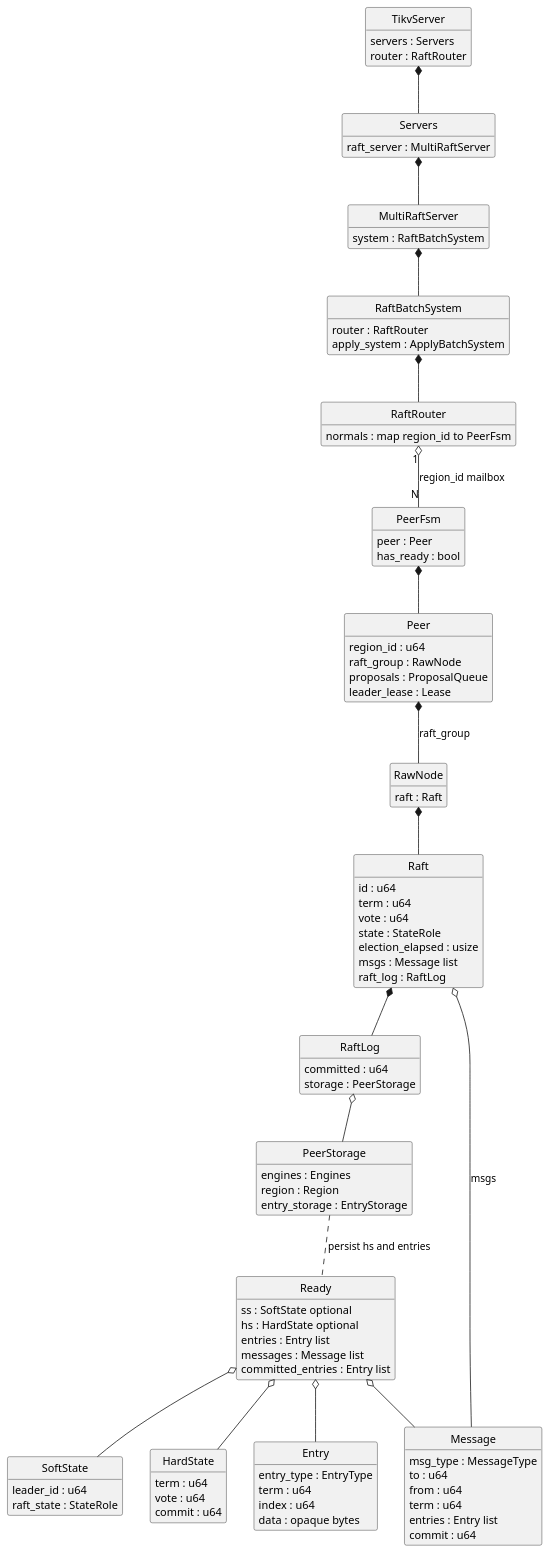
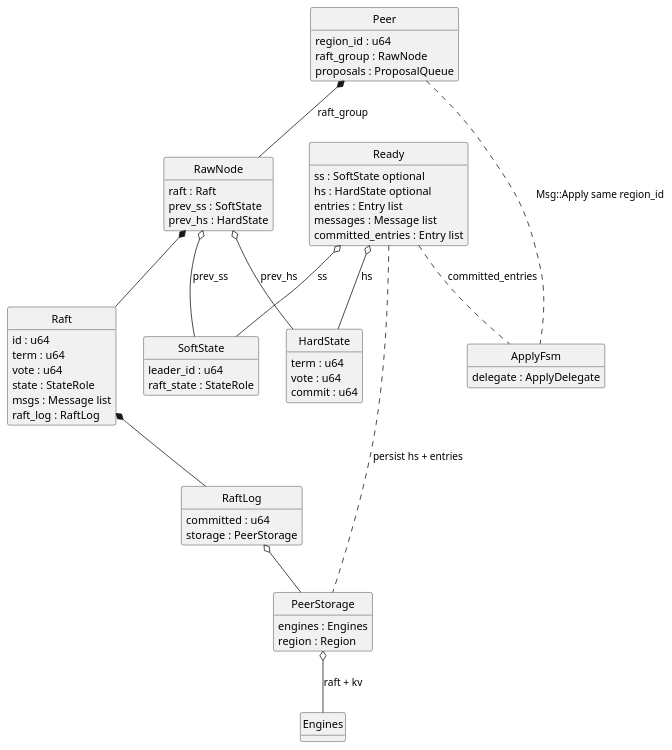
One commit to kevinwang930/kevinwang930.github.io changed the second of 3 diagrams in content/post/data/db/tidb/tikv/index.md. Above: the diagram before and after it, drawn with PlantUML. The commit also changed other lines of this file and 2 other files, not shown here.

````diff
--- a/content/post/data/db/tidb/tikv/index.md
+++ b/content/post/data/db/tidb/tikv/index.md
@@ -271,42 +277,16 @@
 hide empty methods
 hide circle
 
-struct TikvServer {
-  servers : Servers
-  router : RaftRouter
-}
-
-struct Servers {
-  raft_server : MultiRaftServer
-}
-
-struct MultiRaftServer {
-  system : RaftBatchSystem
-}
-
-struct RaftBatchSystem {
-  router : RaftRouter
-  apply_system : ApplyBatchSystem
-}
-
-struct RaftRouter {
-  normals : map region_id to PeerFsm
-}
-
-struct PeerFsm {
-  peer : Peer
-  has_ready : bool
-}
-
 struct Peer {
   region_id : u64
   raft_group : RawNode
   proposals : ProposalQueue
-  leader_lease : Lease
 }
 
 struct RawNode {
   raft : Raft
+  prev_ss : SoftState
+  prev_hs : HardState
 }
 
 struct Raft {
@@ -314,28 +294,8 @@
   term : u64
   vote : u64
   state : StateRole
-  election_elapsed : usize
   msgs : Message list
   raft_log : RaftLog
-}
-
-struct RaftLog {
-  committed : u64
-  storage : PeerStorage
-}
-
-struct PeerStorage {
-  engines : Engines
-  region : Region
-  entry_storage : EntryStorage
-}
-
-struct Ready {
-  ss : SoftState optional
-  hs : HardState optional
-  entries : Entry list
-  messages : Message list
-  committed_entries : Entry list
 }
 
 struct SoftState {
@@ -349,40 +309,40 @@
   commit : u64
 }
 
-struct Entry {
-  entry_type : EntryType
-  term : u64
-  index : u64
-  data : opaque bytes
+struct RaftLog {
+  committed : u64
+  storage : PeerStorage
 }
 
-struct Message {
-  msg_type : MessageType
-  to : u64
-  from : u64
-  term : u64
-  entries : Entry list
-  commit : u64
+struct PeerStorage {
+  engines : Engines
+  region : Region
 }
 
-TikvServer *-- Servers
-Servers *-- MultiRaftServer
-MultiRaftServer *-- RaftBatchSystem
-RaftBatchSystem *-- RaftRouter
-RaftRouter "1" o-- "N" PeerFsm : region_id mailbox
-PeerFsm *-- Peer
+struct Ready {
+  ss : SoftState optional
+  hs : HardState optional
+  entries : Entry list
+  messages : Message list
+  committed_entries : Entry list
+}
+
+struct ApplyFsm {
+  delegate : ApplyDelegate
+}
+
 Peer *-- RawNode : raft_group
 RawNode *-- Raft
+RawNode o-- SoftState : prev_ss
+RawNode o-- HardState : prev_hs
 Raft *-- RaftLog
 RaftLog o-- PeerStorage
-Raft o-- Message : msgs
-
-Ready o-- SoftState
-Ready o-- HardState
-Ready o-- Entry
-Ready o-- Message
-
-PeerStorage .. Ready : persist hs and entries
+PeerStorage o-- Engines : raft + kv
+Peer .. ApplyFsm : Msg::Apply same region_id
+Ready o-- SoftState : ss
+Ready o-- HardState : hs
+Ready .. PeerStorage : persist hs + entries
+Ready .. ApplyFsm : committed_entries
 
 @enduml
 ```
````
